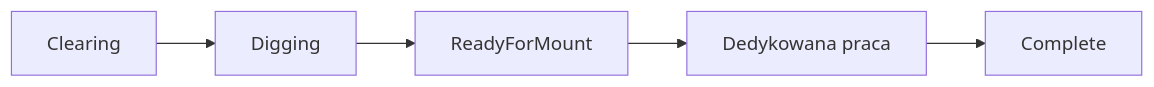
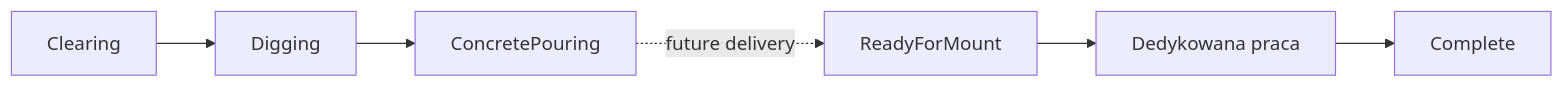
One commit to HohiMohi/RageQuitting changed the second of 2 diagrams in Documentation/Bridge-Construction.md. Above: the diagram before and after it, drawn with Mermaid. The commit also changed other lines of this file and 152 other files, not shown here.

Commit message:
Pouring concrete stage added, wheelbarrow added, securing main grider in pairs added

````diff
--- a/Documentation/Bridge-Construction.md
+++ b/Documentation/Bridge-Construction.md
@@ -135,7 +135,8 @@
 ```mermaid
 flowchart LR
     C["Clearing"] --> D["Digging"]
-    D --> M["ReadyForMount"]
+    D --> P["ConcretePouring"]
+    P -. "future delivery" .-> M["ReadyForMount"]
     M --> W["Dedykowana praca"]
     W --> X["Complete"]
 ```
````
